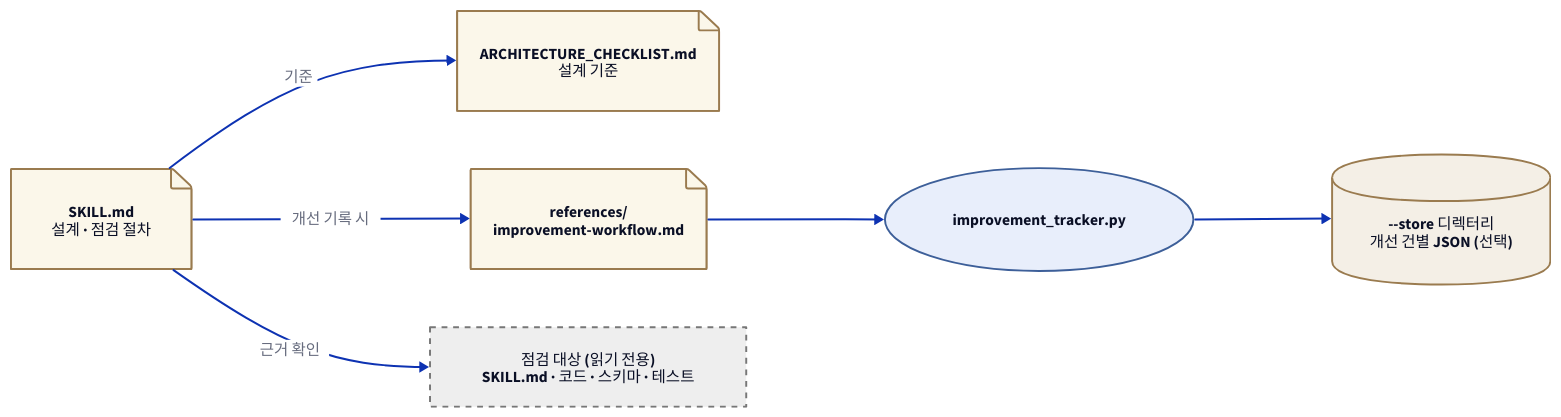
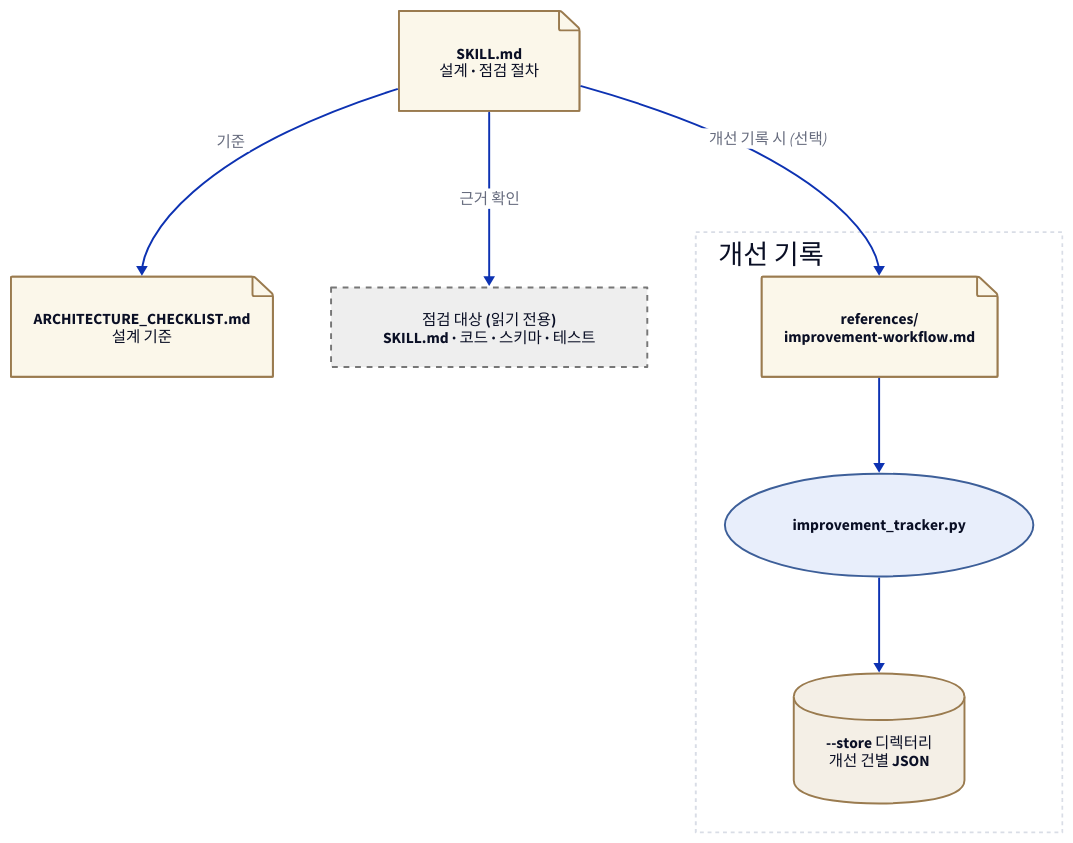
Before and after one commit to seo0tak/agent-skills: the diagram in plugins/skill-architect/skills/skill-architect/docs/diagrams/architecture.d2, drawn with D2. The commit also changed 16 other files, not shown here.

First line of the commit message:
docs(diagrams): 구조도 교차·섬 정리, security-assessment 시퀀스에 체크리스트 단계

```diff
--- a/plugins/skill-architect/skills/skill-architect/docs/diagrams/architecture.d2
+++ b/plugins/skill-architect/skills/skill-architect/docs/diagrams/architecture.d2
@@ -1,18 +1,24 @@
 # skill-architect 구조도. 고친 뒤 저장소 루트에서 python3 scripts/render_diagrams.py
-direction: right
+# 위에서 아래로 그린다. 왼쪽에서 오른쪽 한 줄로 두면 가로로 길어 GitHub에서 글자가 작아진다.
+direction: down
 classes: {
   store: {shape: cylinder; style: {fill: "#f4efe6"; stroke: "#9a7b4f"}}
   proc: {shape: oval; style: {fill: "#e8eefb"; stroke: "#3d5f99"}}
   ext: {style: {fill: "#eeeeee"; stroke: "#777777"; stroke-dash: 3}}
   doc: {shape: page; style: {fill: "#fbf7ea"; stroke: "#9a7b4f"}}
 }
 skill: "SKILL.md\n설계 · 점검 절차" {class: doc}
 checklist: "ARCHITECTURE_CHECKLIST.md\n설계 기준" {class: doc}
-workflow: "references/\nimprovement-workflow.md" {class: doc}
-tracker: "improvement_tracker.py" {class: proc}
 target: "점검 대상 (읽기 전용)\nSKILL.md · 코드 · 스키마 · 테스트" {class: ext}
-store: "--store 디렉터리\n개선 건별 JSON (선택)" {class: store}
+improve: "개선 기록" {
+  label.near: top-left
+  style: {fill: "#ffffff"; stroke: "#d9dde6"; stroke-dash: 2}
+  direction: down
+  workflow: "references/\nimprovement-workflow.md" {class: doc}
+  tracker: "improvement_tracker.py" {class: proc}
+  store: "--store 디렉터리\n개선 건별 JSON" {class: store}
+  workflow -> tracker -> store
+}
 skill -> checklist: "기준"
 skill -> target: "근거 확인"
-skill -> workflow: "개선 기록 시"
-workflow -> tracker -> store
+skill -> improve.workflow: "개선 기록 시 (선택)"
```
